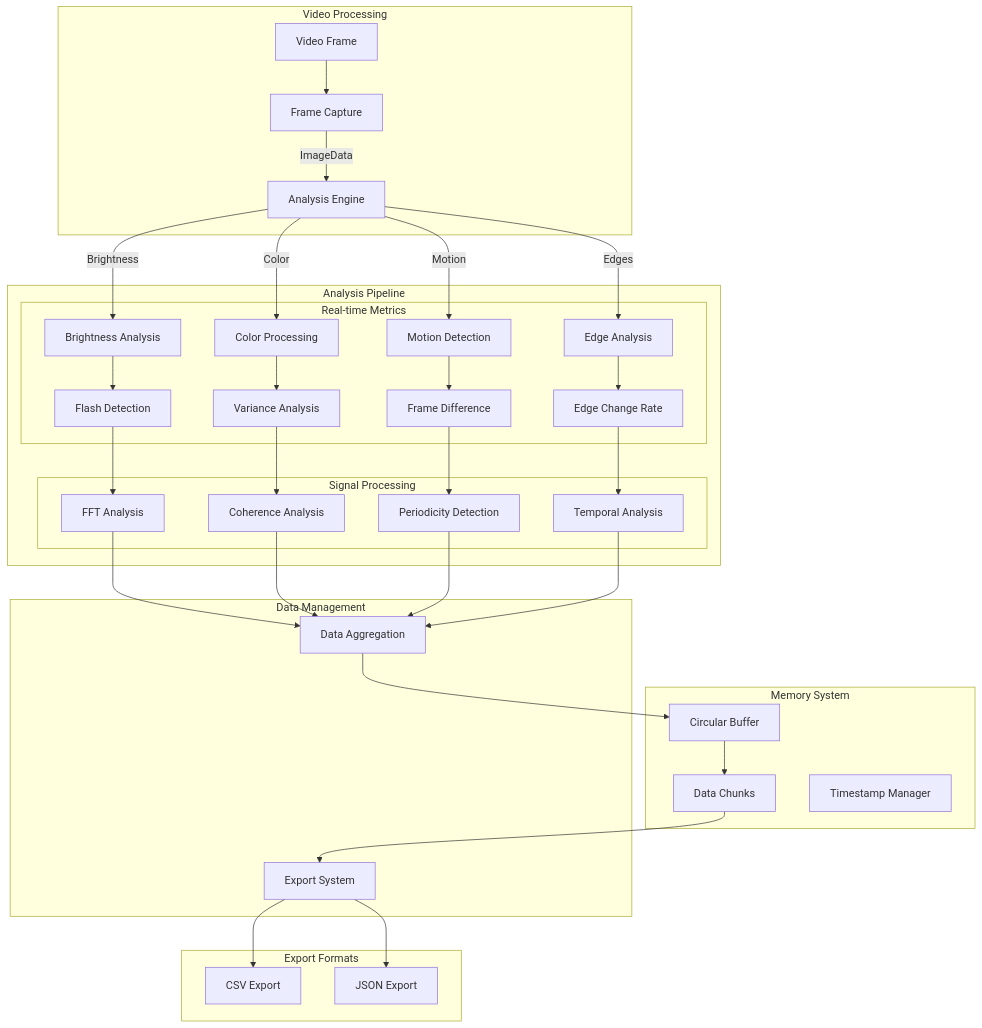
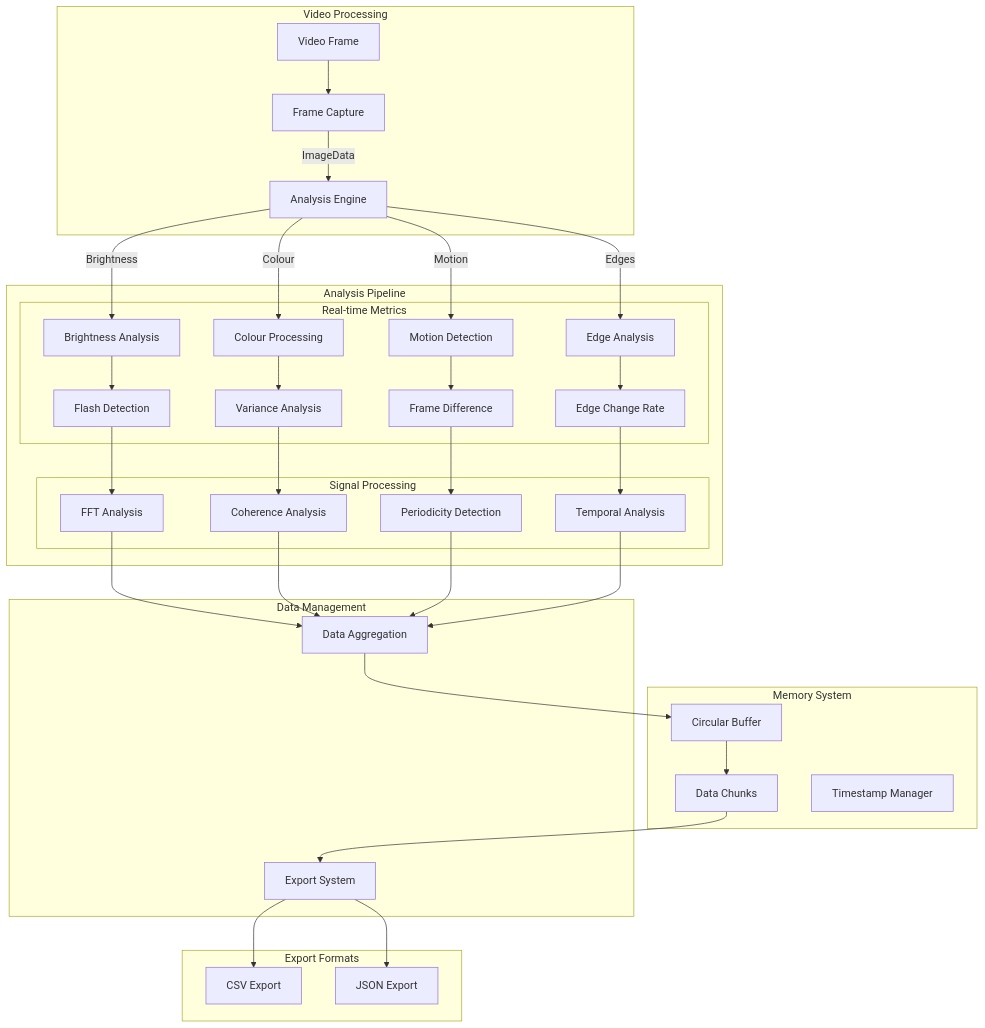
The first of 2 diagrams in README.md (Pi-0r-Tau/EPI-LENS), drawn with Mermaid before and after one commit. The commit also changed other lines of this file, not shown here.

````diff
--- a/README.md
+++ b/README.md
@@ -28,47 +102,47 @@
 ```mermaid
 graph TB
     subgraph Video Processing
         VID[Video Frame] --> CAP[Frame Capture]
         CAP --> |ImageData| ANA[Analysis Engine]
     end
 
     subgraph Memory System
         BUF[Circular Buffer]
         CHK[Data Chunks]
         TST[Timestamp Manager]
     end
 
     subgraph Analysis Pipeline
         ANA --> |Brightness| BRI[Brightness Analysis]
-        ANA --> |Color| COL[Color Processing]
+        ANA --> |Colour| COL[Colour Processing]
         ANA --> |Motion| MOT[Motion Detection]
         ANA --> |Edges| EDG[Edge Analysis]
 
         subgraph Real-time Metrics
             BRI --> FLA[Flash Detection]
             COL --> VAR[Variance Analysis]
             MOT --> DIF[Frame Difference]
             EDG --> CHG[Edge Change Rate]
         end
 
         subgraph Signal Processing
             FLA --> FFT[FFT Analysis]
             VAR --> COH[Coherence Analysis]
             DIF --> PER[Periodicity Detection]
             CHG --> TMP[Temporal Analysis]
         end
     end
 
     subgraph Data Management
         FFT & COH & PER & TMP --> AGG[Data Aggregation]
         AGG --> BUF
         BUF --> CHK
         CHK --> EXP[Export System]
     end
 
     subgraph Export Formats
         EXP --> CSV[CSV Export]
         EXP --> JSN[JSON Export]
     end
     
 ```
````
